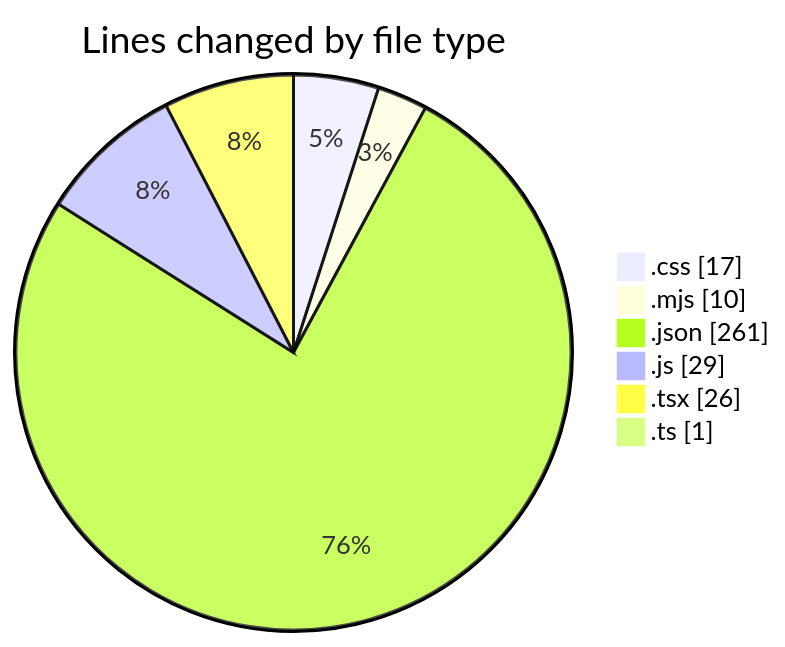
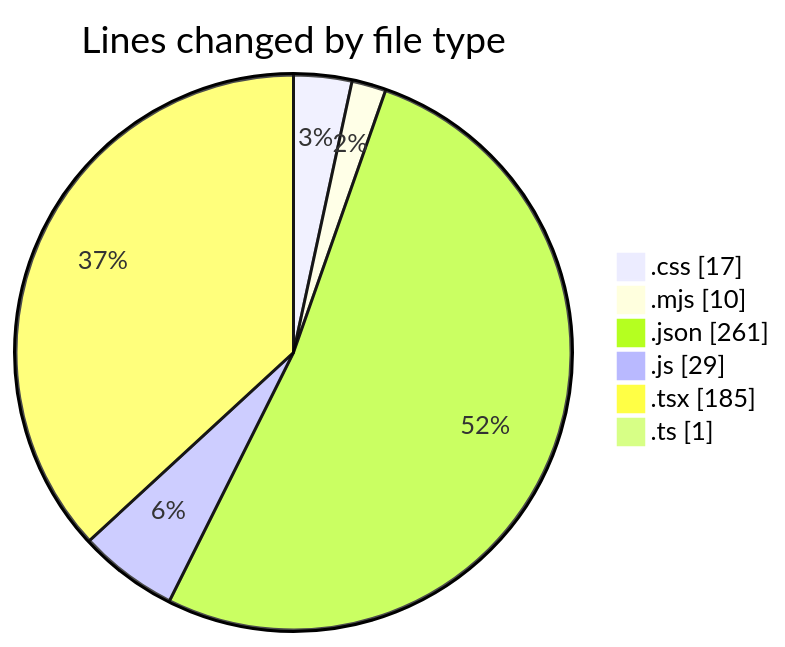
The first of 2 diagrams in 2025-06-23/scopecraft/README.md (Ritupan-Deka/code-tracking), drawn with Mermaid before and after one commit. The commit also changed other lines of this file and 1 other file, not shown here.

````diff
--- a/2025-06-23/scopecraft/README.md
+++ b/2025-06-23/scopecraft/README.md
@@ -27,10 +29,10 @@
 ```mermaid
 pie showData
 title Lines changed by file type
 ".css" : 17
 ".mjs" : 10
 ".json" : 261
 ".js" : 29
-".tsx" : 26
+".tsx" : 185
 ".ts" : 1
 ```
````
